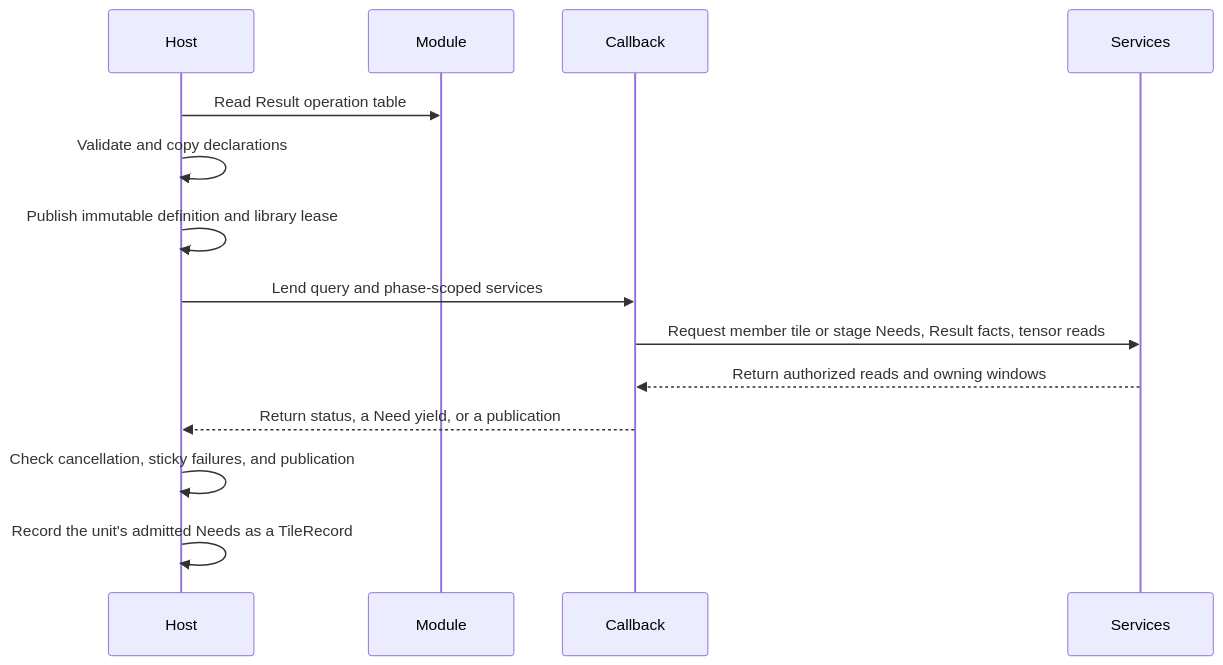
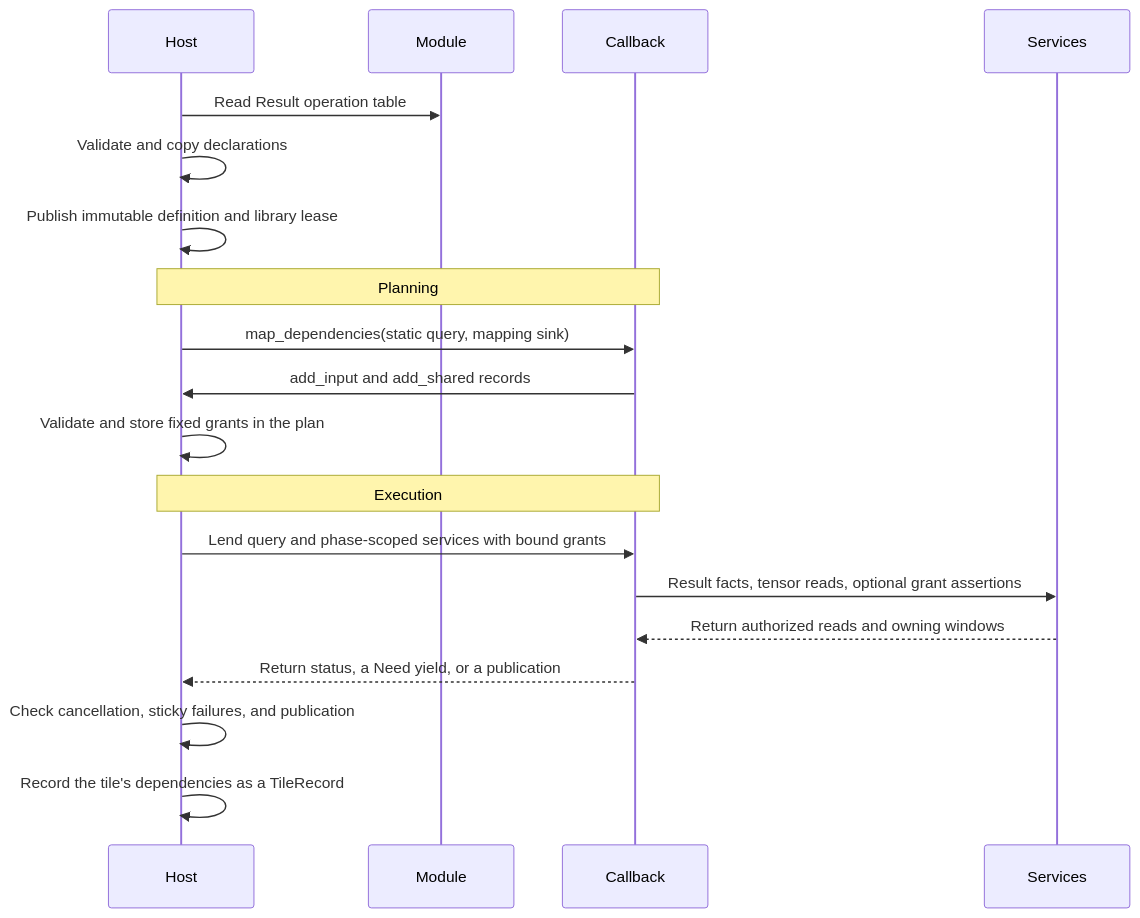
Before and after one commit to kevin-zf1123/photospider: the diagram in docs/kernel-architecture/Plugin-ABI.md, drawn with Mermaid. The commit also changed other lines of this file and 62 other files, not shown here.

````diff
--- a/docs/kernel-architecture/Plugin-ABI.md
+++ b/docs/kernel-architecture/Plugin-ABI.md
@@ -9,16 +9,21 @@
 ```mermaid
 sequenceDiagram
     participant Host
     participant Module
     participant Callback
     participant Services
     Host->>Module: Read Result operation table
     Host->>Host: Validate and copy declarations
     Host->>Host: Publish immutable definition and library lease
-    Host->>Callback: Lend query and phase-scoped services
-    Callback->>Services: Request member tile or stage Needs, Result facts, tensor reads
+    Note over Host,Callback: Planning
+    Host->>Callback: map_dependencies(static query, mapping sink)
+    Callback->>Host: add_input and add_shared records
+    Host->>Host: Validate and store fixed grants in the plan
+    Note over Host,Callback: Execution
+    Host->>Callback: Lend query and phase-scoped services with bound grants
+    Callback->>Services: Result facts, tensor reads, optional grant assertions
     Services-->>Callback: Return authorized reads and owning windows
     Callback-->>Host: Return status, a Need yield, or a publication
     Host->>Host: Check cancellation, sticky failures, and publication
-    Host->>Host: Record the unit's admitted Needs as a TileRecord
+    Host->>Host: Record the tile's dependencies as a TileRecord
 ```
````
